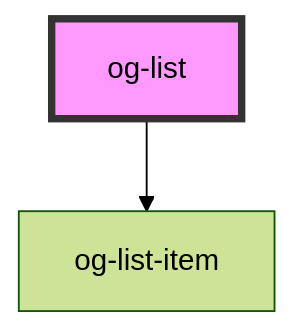
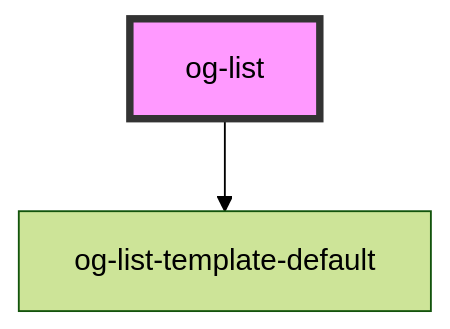
The diagram in src/components/og-list/readme.md (orgenic/orgenic-ui), drawn with Mermaid (forest theme) before and after one commit. The commit also changed other lines of this file, not shown here.

````diff
--- a/src/components/og-list/readme.md
+++ b/src/components/og-list/readme.md
@@ -47,5 +44,5 @@
 ```mermaid
 graph TD;
-  og-list --> og-list-item
+  og-list --> og-list-template-default
   style og-list fill:#f9f,stroke:#333,stroke-width:4px
 ```
````
